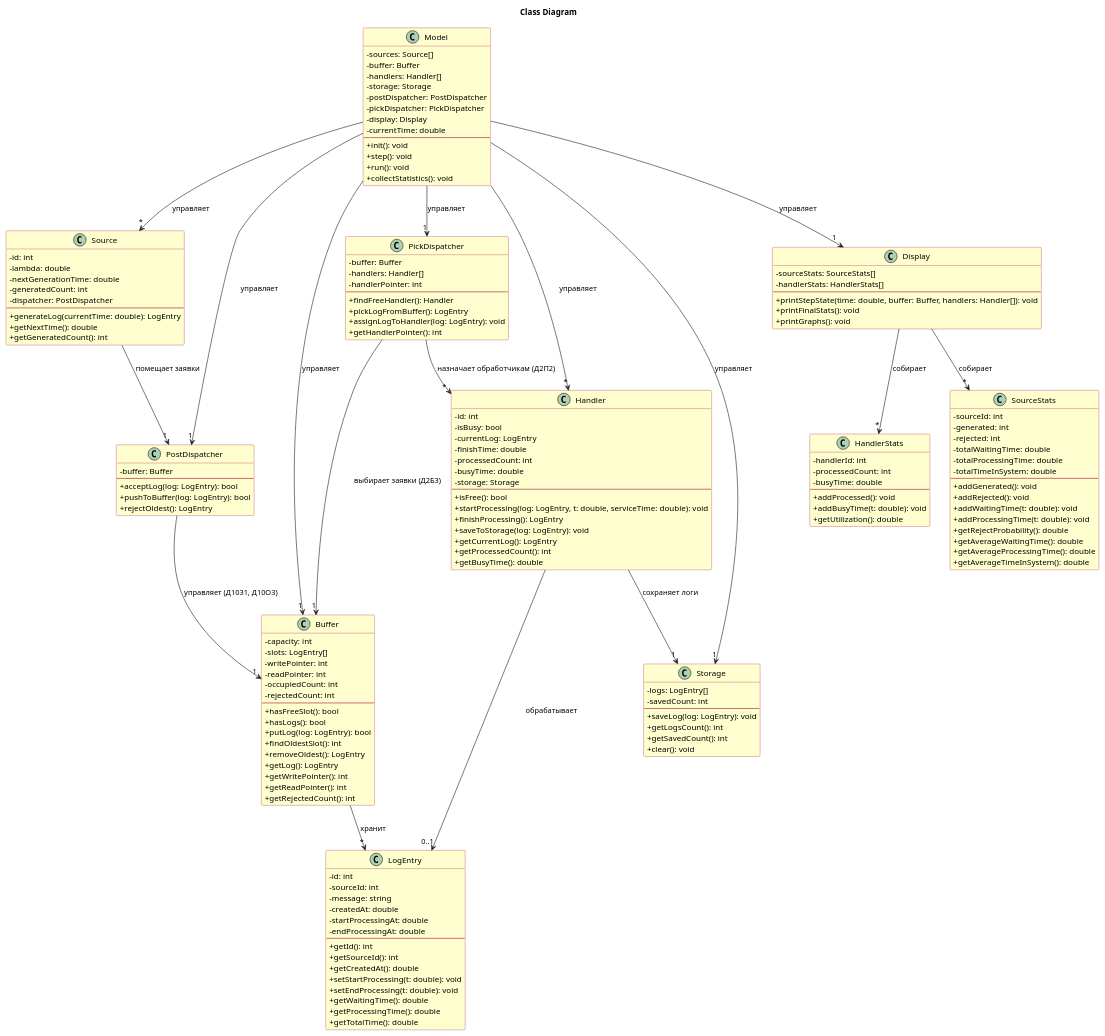
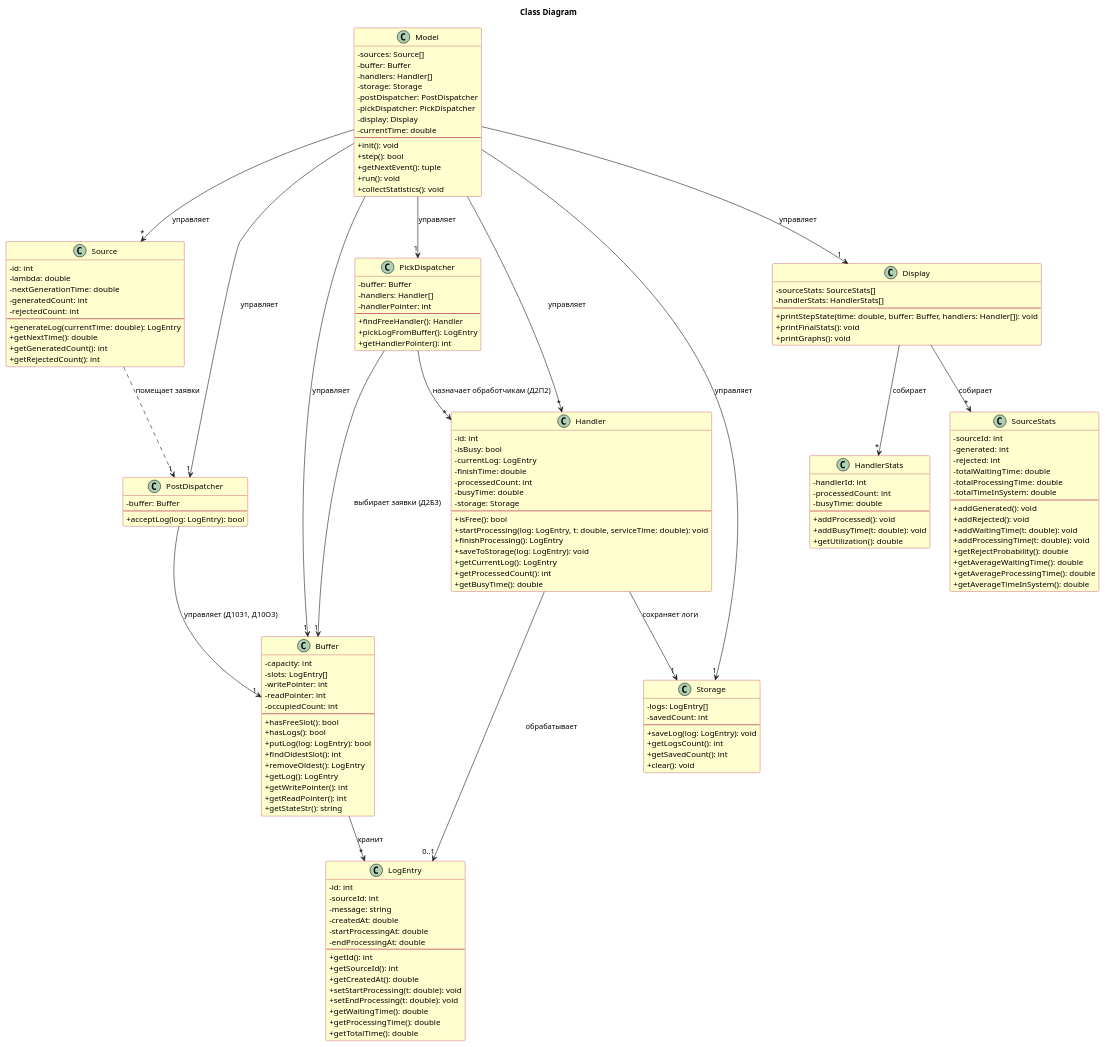
Before and after one commit to monka6/smo29: the diagram in src/diagrams/class_diagram.puml, drawn with PlantUML. The commit also changed 13 other files, not shown here.

Commit message:
Fix schemas and step-by-step mode

```diff
--- a/src/diagrams/class_diagram.puml
+++ b/src/diagrams/class_diagram.puml
@@ -1,186 +1,184 @@
 @startuml
 title Class Diagram
 
 skinparam classAttributeIconSize 0
 skinparam classBackgroundColor #FEFECE
 skinparam classBorderColor #A80036
 
 ' ========== LOG ENTRY ==========
 class LogEntry {
   - id: int
   - sourceId: int
   - message: string
   - createdAt: double
   - startProcessingAt: double
   - endProcessingAt: double
   --
   + getId(): int
   + getSourceId(): int
   + getCreatedAt(): double
   + setStartProcessing(t: double): void
   + setEndProcessing(t: double): void
   + getWaitingTime(): double
   + getProcessingTime(): double
   + getTotalTime(): double
 }
 
 ' ========== SOURCE ==========
 class Source {
   - id: int
   - lambda: double
   - nextGenerationTime: double
   - generatedCount: int
-  - dispatcher: PostDispatcher
+  - rejectedCount: int
   --
   + generateLog(currentTime: double): LogEntry
   + getNextTime(): double
   + getGeneratedCount(): int
+  + getRejectedCount(): int
 }
 
 ' ========== BUFFER ==========
 class Buffer {
   - capacity: int
   - slots: LogEntry[]
   - writePointer: int
   - readPointer: int
   - occupiedCount: int
-  - rejectedCount: int
   --
   + hasFreeSlot(): bool
   + hasLogs(): bool
   + putLog(log: LogEntry): bool
   + findOldestSlot(): int
   + removeOldest(): LogEntry
   + getLog(): LogEntry
   + getWritePointer(): int
   + getReadPointer(): int
-  + getRejectedCount(): int
+  + getStateStr(): string
 }
 
 ' ========== POST DISPATCHER ==========
 class PostDispatcher {
   - buffer: Buffer
   --
   + acceptLog(log: LogEntry): bool
-  + pushToBuffer(log: LogEntry): bool
-  + rejectOldest(): LogEntry
 }
 
 ' ========== PICK DISPATCHER ==========
 class PickDispatcher {
   - buffer: Buffer
   - handlers: Handler[]
   - handlerPointer: int
   --
   + findFreeHandler(): Handler
   + pickLogFromBuffer(): LogEntry
-  + assignLogToHandler(log: LogEntry): void
   + getHandlerPointer(): int
 }
 
 ' ========== HANDLER ==========
 class Handler {
   - id: int
   - isBusy: bool
   - currentLog: LogEntry
   - finishTime: double
   - processedCount: int
   - busyTime: double
   - storage: Storage
   --
   + isFree(): bool
   + startProcessing(log: LogEntry, t: double, serviceTime: double): void
   + finishProcessing(): LogEntry
   + saveToStorage(log: LogEntry): void
   + getCurrentLog(): LogEntry
   + getProcessedCount(): int
   + getBusyTime(): double
 }
 
 ' ========== STORAGE ==========
 class Storage {
   - logs: LogEntry[]
   - savedCount: int
   --
   + saveLog(log: LogEntry): void
   + getLogsCount(): int
   + getSavedCount(): int
   + clear(): void
 }
 
 ' ========== SOURCE STATS ==========
 class SourceStats {
   - sourceId: int
   - generated: int
   - rejected: int
   - totalWaitingTime: double
   - totalProcessingTime: double
   - totalTimeInSystem: double
   --
   + addGenerated(): void
   + addRejected(): void
   + addWaitingTime(t: double): void
   + addProcessingTime(t: double): void
   + getRejectProbability(): double
   + getAverageWaitingTime(): double
   + getAverageProcessingTime(): double
   + getAverageTimeInSystem(): double
 }
 
 ' ========== HANDLER STATS ==========
 class HandlerStats {
   - handlerId: int
   - processedCount: int
   - busyTime: double
   --
   + addProcessed(): void
   + addBusyTime(t: double): void
   + getUtilization(): double
 }
 
 ' ========== DISPLAY ==========
 class Display {
   - sourceStats: SourceStats[]
   - handlerStats: HandlerStats[]
   --
   + printStepState(time: double, buffer: Buffer, handlers: Handler[]): void
   + printFinalStats(): void
   + printGraphs(): void
 }
 
 ' ========== MODEL ==========
 class Model {
   - sources: Source[]
   - buffer: Buffer
   - handlers: Handler[]
   - storage: Storage
   - postDispatcher: PostDispatcher
   - pickDispatcher: PickDispatcher
   - display: Display
   - currentTime: double
   --
   + init(): void
-  + step(): void
+  + step(): bool
+  + getNextEvent(): tuple
   + run(): void
   + collectStatistics(): void
 }
 
 ' ========== RELATIONS ==========
-Source --> "1" PostDispatcher : помещает заявки
+Source ..> "1" PostDispatcher : помещает заявки
 PostDispatcher --> "1" Buffer : управляет (Д1031, Д10О3)
 PickDispatcher --> "1" Buffer : выбирает заявки (Д2Б3)
 PickDispatcher --> "*" Handler : назначает обработчикам (Д2П2)
 Buffer --> "*" LogEntry : хранит
 Handler --> "0..1" LogEntry : обрабатывает
 Handler --> "1" Storage : сохраняет логи
 Model --> "*" Source : управляет
 Model --> "1" Buffer : управляет
 Model --> "*" Handler : управляет
 Model --> "1" Storage : управляет
 Model --> "1" PostDispatcher : управляет
 Model --> "1" PickDispatcher : управляет
 Model --> "1" Display : управляет
 Display --> "*" SourceStats : собирает
 Display --> "*" HandlerStats : собирает
 
 @enduml
```
